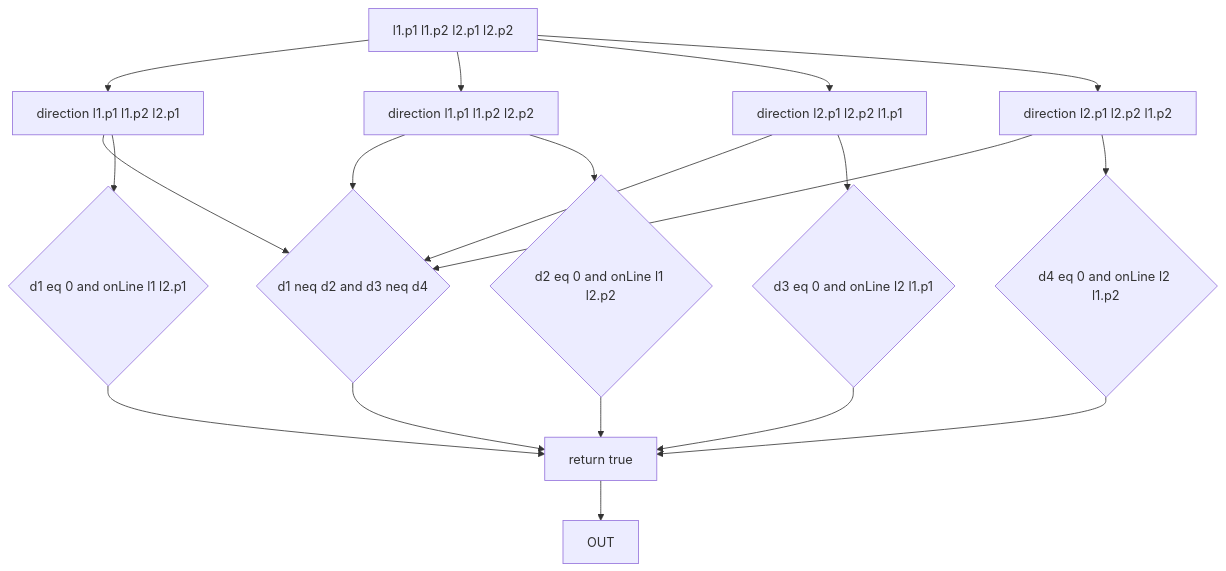
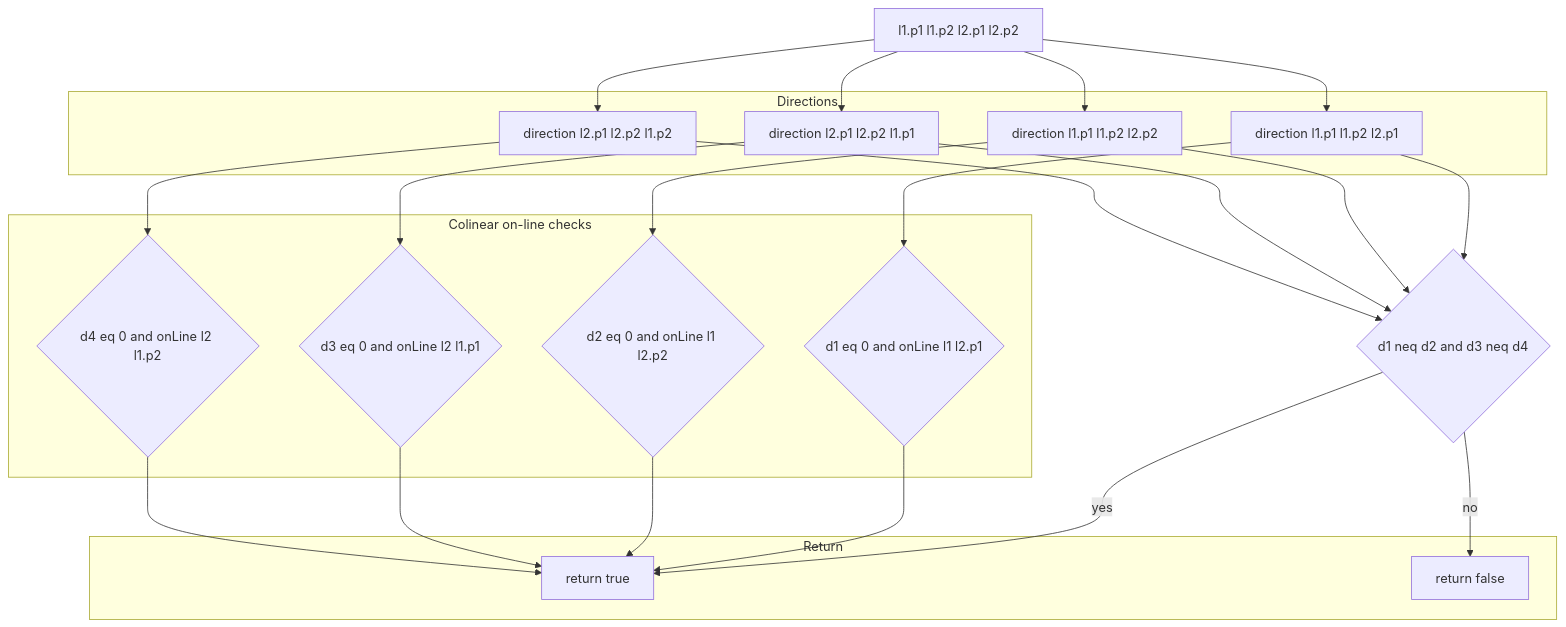
The third of 4 diagrams in docs/poly/intersections_and_orientation.md (Gh0st352/AETHR), drawn with Mermaid before and after one commit. The commit also changed other lines of this file and 9 other files, not shown here.

First line of the commit message:
docs(poly): improve README headings and mermaid diagrams

````diff
--- a/docs/poly/intersections_and_orientation.md
+++ b/docs/poly/intersections_and_orientation.md
@@ -53,18 +99,47 @@
 ```mermaid
+%% shared theme: docs/_mermaid/theme.json %%
 flowchart TD
   IN[l1.p1 l1.p2 l2.p1 l2.p2] --> D1[direction l1.p1 l1.p2 l2.p1]
   IN --> D2[direction l1.p1 l1.p2 l2.p2]
   IN --> D3[direction l2.p1 l2.p2 l1.p1]
   IN --> D4[direction l2.p1 l2.p2 l1.p2]
-  D1 & D2 & D3 & D4 --> GEN{d1 neq d2 and d3 neq d4}
-  GEN --> TRUE[return true]
+
+  D1 --> GEN{d1 neq d2 and d3 neq d4}
+  D2 --> GEN
+  D3 --> GEN
+  D4 --> GEN
+  GEN -->|yes| TRUE[return true]
+
   D1 --> C1{d1 eq 0 and onLine l1 l2.p1}
   D2 --> C2{d2 eq 0 and onLine l1 l2.p2}
   D3 --> C3{d3 eq 0 and onLine l2 l1.p1}
   D4 --> C4{d4 eq 0 and onLine l2 l1.p2}
   C1 --> TRUE
   C2 --> TRUE
   C3 --> TRUE
   C4 --> TRUE
-  TRUE --> OUT
+
+  GEN -->|no| OUT[return false]
+
+  subgraph "Directions"
+    D1
+    D2
+    D3
+    D4
+  end
+  subgraph "Colinear on-line checks"
+    C1
+    C2
+    C3
+    C4
+  end
+  subgraph "Return"
+    TRUE
+    OUT
+  end
+
+  class IN class_io;
+  class D1,D2,D3,D4 class_compute;
+  class GEN,C1,C2,C3,C4 class_decision;
+  class TRUE,OUT class_result;
 ```
````
